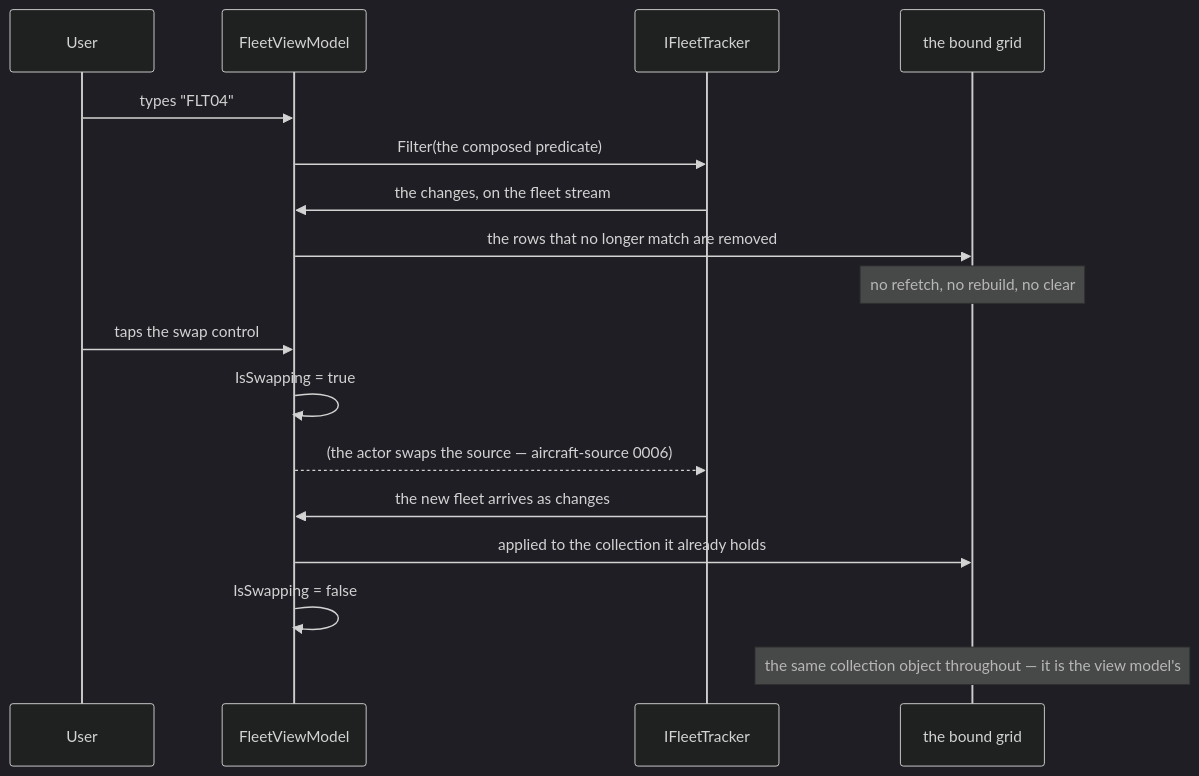
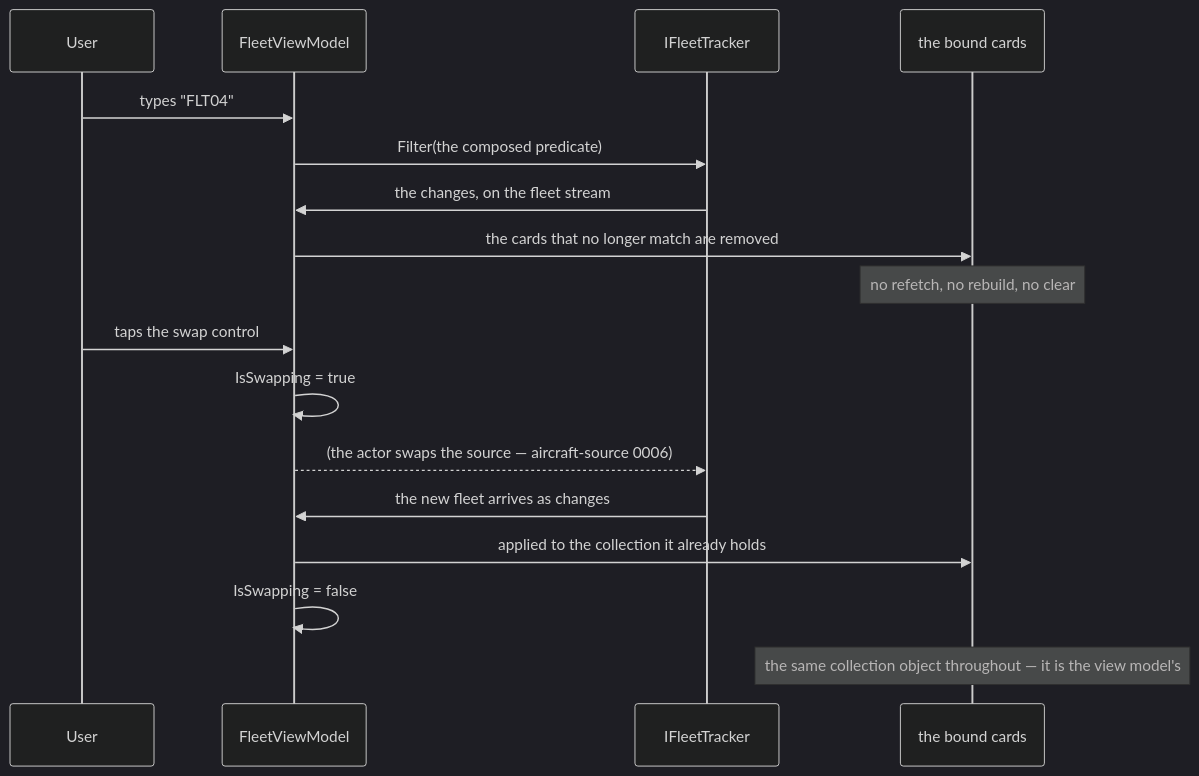
One commit to RLittlesII/Transporter changed the second of 3 diagrams in src/Transponder/Features/Fleet/.spec/README.md. Above: the diagram before and after it, drawn with Mermaid (dark theme). The commit also changed other lines of this file and 6 other files, not shown here.

````diff
--- a/src/Transponder/Features/Fleet/.spec/README.md
+++ b/src/Transponder/Features/Fleet/.spec/README.md
@@ -318,19 +333,19 @@
 ```mermaid
 sequenceDiagram
     participant User
     participant VM as FleetViewModel
     participant Tracker as IFleetTracker
-    participant Grid as the bound grid
+    participant Cards as the bound cards
     User->>VM: types "FLT04"
     VM->>Tracker: Filter(the composed predicate)
     Tracker->>VM: the changes, on the fleet stream
-    VM->>Grid: the rows that no longer match are removed
-    Note over Grid: no refetch, no rebuild, no clear
+    VM->>Cards: the cards that no longer match are removed
+    Note over Cards: no refetch, no rebuild, no clear
     User->>VM: taps the swap control
     VM->>VM: IsSwapping = true
     VM-->>Tracker: (the actor swaps the source — aircraft-source 0006)
     Tracker->>VM: the new fleet arrives as changes
-    VM->>Grid: applied to the collection it already holds
+    VM->>Cards: applied to the collection it already holds
     VM->>VM: IsSwapping = false
-    Note over Grid: the same collection object throughout — it is the view model's
+    Note over Cards: the same collection object throughout — it is the view model's
 ```
````
